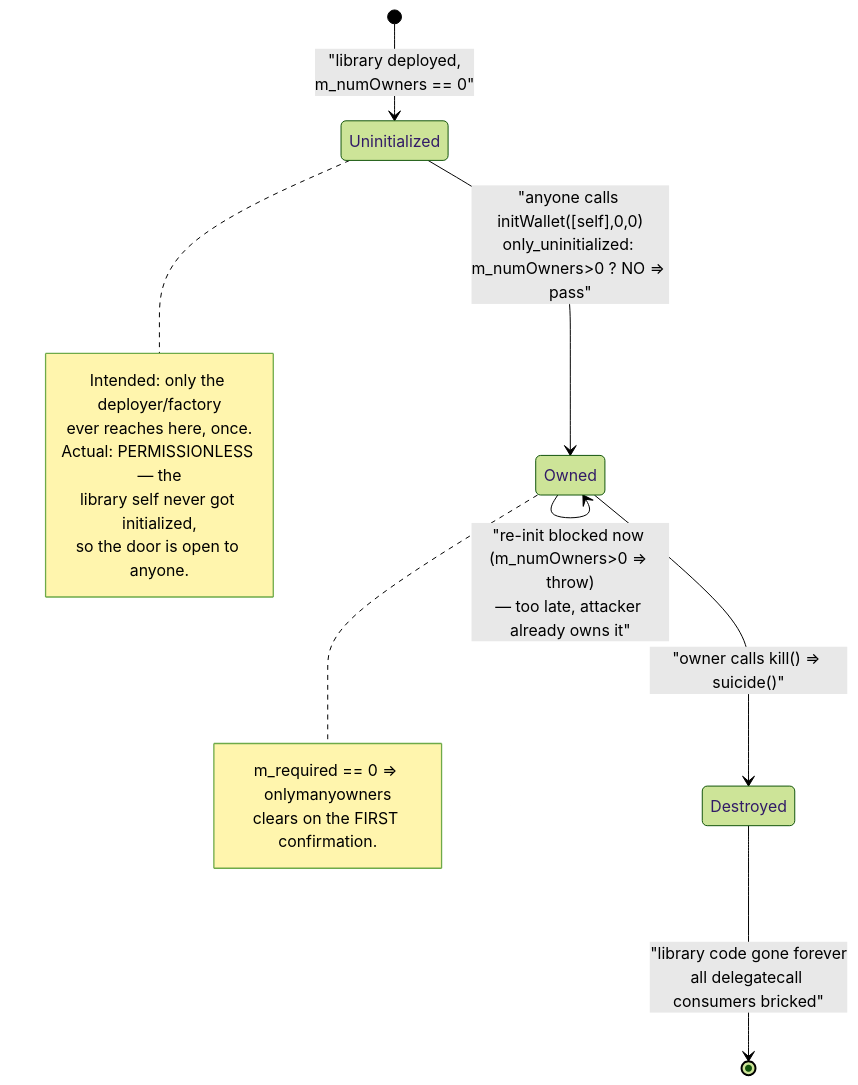
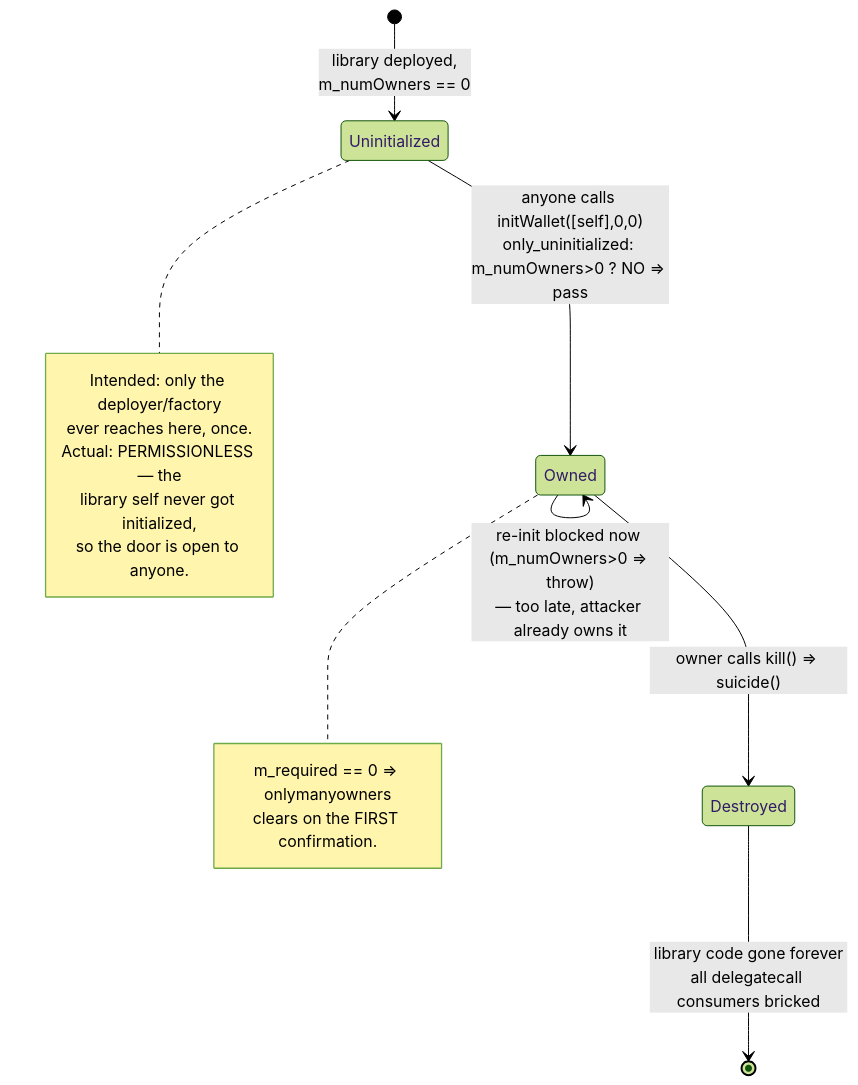
Before and after one commit to sanbir/evm-hack-registry: the third of 3 diagrams in 2017-11-Parity_kill_exp/Parity_kill_exp.md, drawn with Mermaid (forest theme). The commit also changed 280 other files, not shown here.

Commit message:
mermaid fixes

````diff
--- a/2017-11-Parity_kill_exp/Parity_kill_exp.md
+++ b/2017-11-Parity_kill_exp/Parity_kill_exp.md
@@ -321,22 +321,22 @@
 ```mermaid
 stateDiagram-v2
-    [*] --> Uninitialized: "library deployed,<br/>m_numOwners == 0"
+    [*] --> Uninitialized: library deployed,<br/>m_numOwners == 0
 
-    Uninitialized --> Owned: "anyone calls initWallet([self],0,0)<br/>only_uninitialized: m_numOwners>0 ? NO ⇒ pass"
+    Uninitialized --> Owned: anyone calls initWallet([self],0,0)<br/>only_uninitialized#58; m_numOwners>0 ? NO ⇒ pass
     note right of Uninitialized
         Intended: only the deployer/factory
         ever reaches here, once.
         Actual: PERMISSIONLESS — the
         library self never got initialized,
         so the door is open to anyone.
     end note
 
-    Owned --> Owned: "re-init blocked now (m_numOwners>0 ⇒ throw)<br/>— too late, attacker already owns it"
-    Owned --> Destroyed: "owner calls kill() ⇒ suicide()"
+    Owned --> Owned: re-init blocked now (m_numOwners>0 ⇒ throw)<br/>— too late, attacker already owns it
+    Owned --> Destroyed: owner calls kill() ⇒ suicide()
     note right of Owned
         m_required == 0 ⇒ onlymanyowners
         clears on the FIRST confirmation.
     end note
 
-    Destroyed --> [*]: "library code gone forever<br/>all delegatecall consumers bricked"
+    Destroyed --> [*]: library code gone forever<br/>all delegatecall consumers bricked
 ```
````
